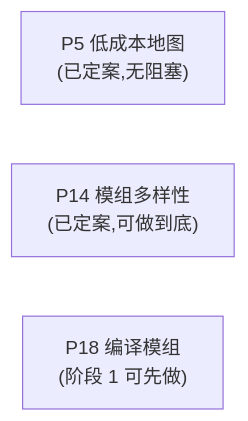
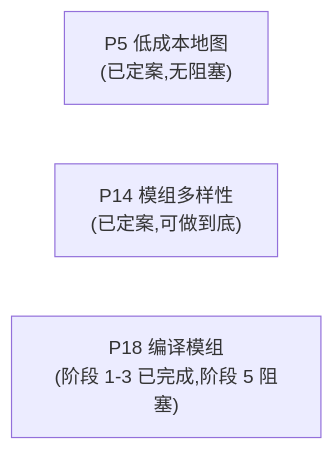
The diagram in update_plan/README.md (Mzihong/coc-keeper-kit), drawn with Mermaid before and after one commit. The commit also changed other lines of this file and 13 other files, not shown here.

````diff
--- a/update_plan/README.md
+++ b/update_plan/README.md
@@ -26,6 +26,6 @@
 ```mermaid
 graph LR
     P5["P5 低成本地图<br/>(已定案,无阻塞)"]
     P14["P14 模组多样性<br/>(已定案,可做到底)"]
-    P18["P18 编译模组<br/>(阶段 1 可先做)"]
+    P18["P18 编译模组<br/>(阶段 1-3 已完成,阶段 5 阻塞)"]
 ```
````
